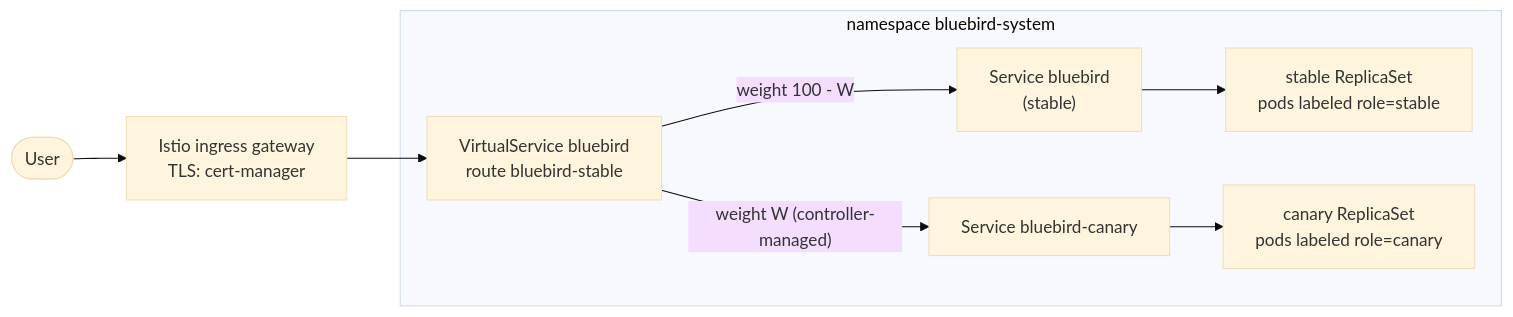
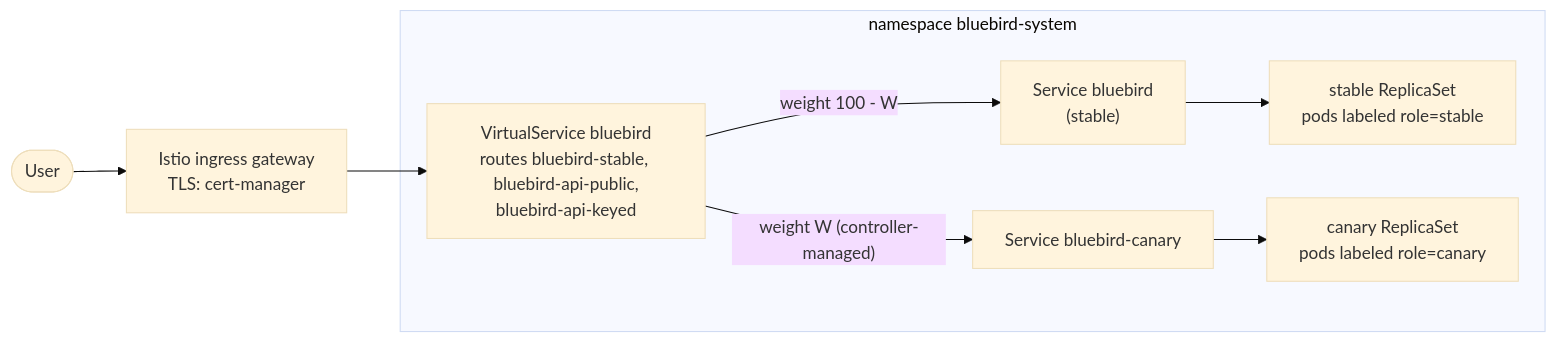
One commit to zimmertr/bluebird changed the second of 6 diagrams in docs/CICD.md. Above: the diagram before and after it, drawn with Mermaid (base theme). The commit also changed other lines of this file and 23 other files, not shown here.

````diff
--- a/docs/CICD.md
+++ b/docs/CICD.md
@@ -313,17 +325,17 @@
 ```mermaid
 flowchart LR
     user(["User"])
     gw["Istio ingress gateway<br/>TLS: cert-manager"]
 
     subgraph NS["namespace bluebird-system"]
-        vs["VirtualService bluebird<br/>route bluebird-stable"]
+        vs["VirtualService bluebird<br/>routes bluebird-stable, bluebird-api-public,<br/>bluebird-api-keyed"]
         ssvc["Service bluebird<br/>(stable)"]
         csvc["Service bluebird-canary"]
         srs["stable ReplicaSet<br/>pods labeled role=stable"]
         crs["canary ReplicaSet<br/>pods labeled role=canary"]
     end
 
     user --> gw --> vs
     vs -->|"weight 100 - W"| ssvc --> srs
     vs -->|"weight W (controller-managed)"| csvc --> crs
 ```
````
